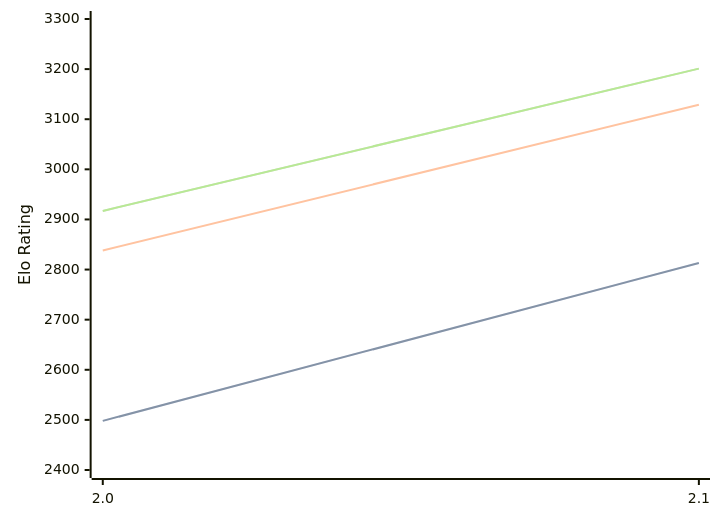
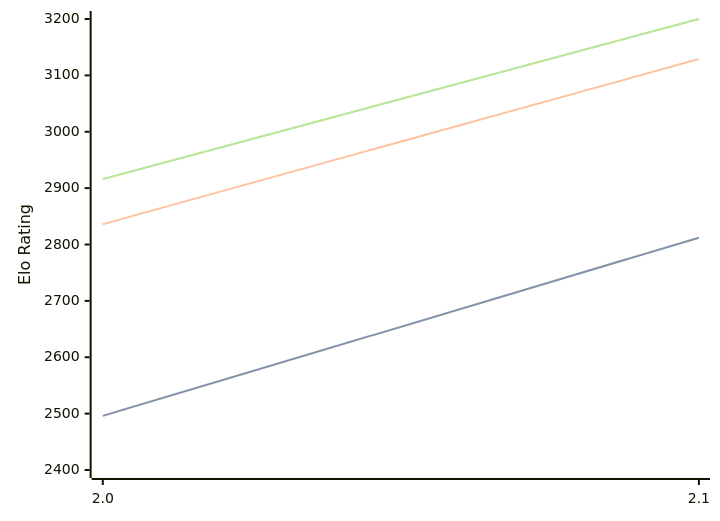
Before and after one commit to computer-chess-index/cci: the diagram in engines/Tunguska.md, drawn with Mermaid. The commit also changed other lines of this file, not shown here.

Commit message:
Update CCI Ratings (ELO VLTC) - 2026-06-07

````diff
--- a/engines/Tunguska.md
+++ b/engines/Tunguska.md
@@ -32,11 +32,11 @@
 ```mermaid
 %%{init: {"theme":"base","themeVariables":{"seriesColors:['#a3a3a3','#222221','#faa371']}}}%%
 xychart-beta
   x-axis ["2.0", "2.1"]
-  y-axis "Elo Rating" 2400 --> 3300
-  line "STC (8.0+0.08s)" [2498, 2813]
-  line "STC (8.0+0.08s)" [2498, 2813]
-  line "LTC (60.0+0.60s)" [2838, 3129]
-  line "VLTC (2m24s+1.12s)" [2917, 3201]
-  line "VLTC (2m24s+1.12s)" [2917, 3201]
+  y-axis "Elo Rating" 2400 --> 3200
+  line "STC (8.0+0.08s)" [2496, 2812]
+  line "STC (8.0+0.08s)" [2496, 2812]
+  line "LTC (60.0+0.60s)" [2836, 3129]
+  line "VLTC (2m24s+1.12s)" [2916, 3200]
+  line "VLTC (2m24s+1.12s)" [2916, 3200]
 ```
````
